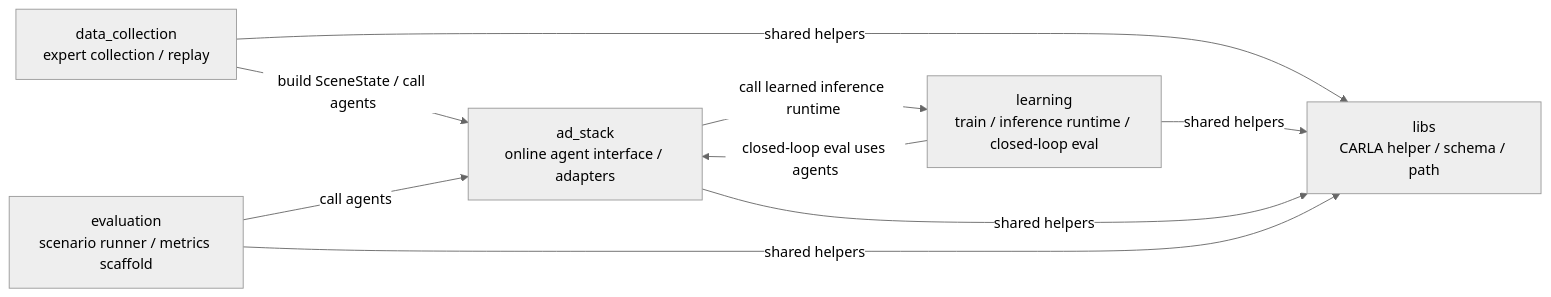
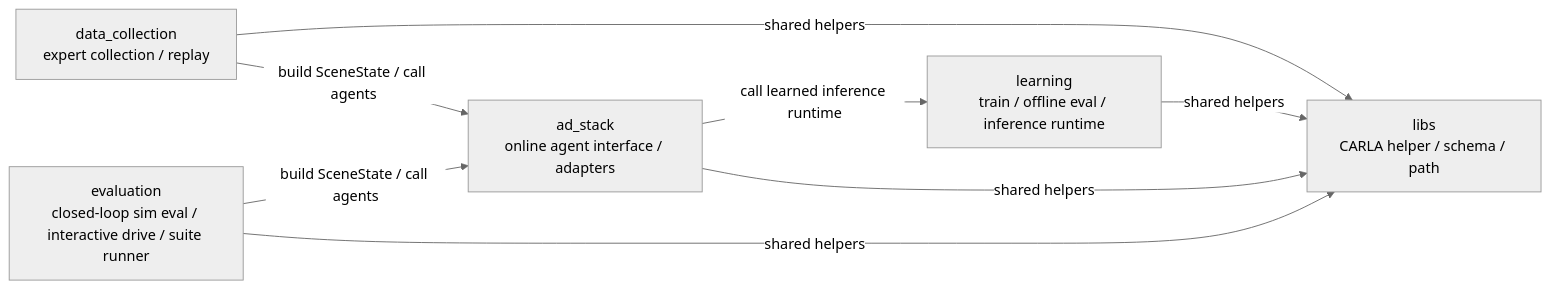
One commit to masahiro-kubota/carla_alpamayo changed the diagram in docs/DIRECTORY_RELATIONSHIPS.md. Above: the diagram before and after it, drawn with Mermaid (neutral theme). The commit also changed other lines of this file and 16 other files, not shown here.

Commit message:
refactor: split offline and closed-loop evaluation

````diff
--- a/docs/DIRECTORY_RELATIONSHIPS.md
+++ b/docs/DIRECTORY_RELATIONSHIPS.md
@@ -12,13 +12,13 @@
 ```mermaid
 flowchart LR
   data_collection["data_collection<br/>expert collection / replay"] -->|build SceneState / call agents| ad_stack["ad_stack<br/>online agent interface / adapters"]
-  learning["learning<br/>train / inference runtime / closed-loop eval"] -->|closed-loop eval uses agents| ad_stack
-  evaluation["evaluation<br/>scenario runner / metrics scaffold"] -->|call agents| ad_stack
+  evaluation["evaluation<br/>closed-loop sim eval / interactive drive / suite runner"] -->|build SceneState / call agents| ad_stack
+  learning["learning<br/>train / offline eval / inference runtime"]
 
   ad_stack -->|call learned inference runtime| learning
 
   data_collection -->|shared helpers| libs["libs<br/>CARLA helper / schema / path"]
   learning -->|shared helpers| libs
   ad_stack -->|shared helpers| libs
   evaluation -->|shared helpers| libs
 ```
````
